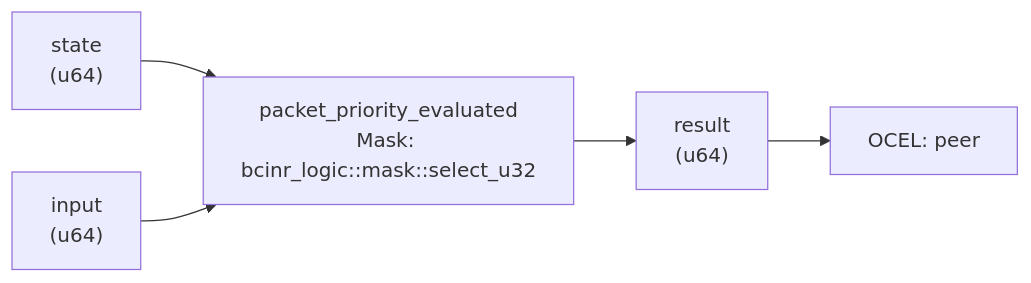
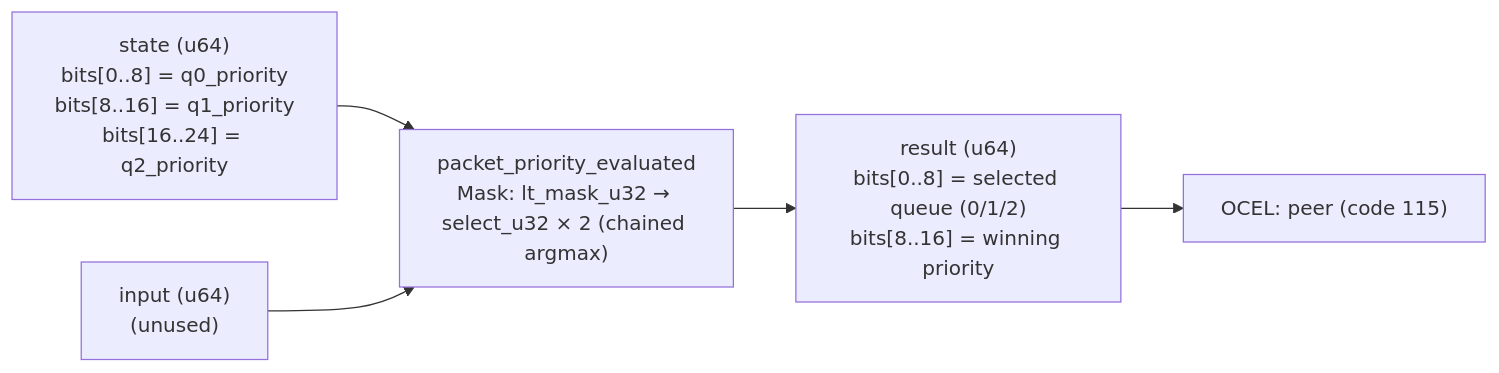
Before and after one commit to seanchatmangpt/bcinr: the diagram in crates/wasm4games/docs/patterns/packet_priority_evaluated.md, drawn with Mermaid. The commit also changed other lines of this file and 9 other files, not shown here.

````diff
--- a/crates/wasm4games/docs/patterns/packet_priority_evaluated.md
+++ b/crates/wasm4games/docs/patterns/packet_priority_evaluated.md
@@ -56,12 +38,12 @@
 ```mermaid
 graph LR
-    state["state\n(u64)"]
-    input["input\n(u64)"]
-    kernel["packet_priority_evaluated\nMask: bcinr_logic::mask::select_u32"]
-    result["result\n(u64)"]
+    state["state (u64)\nbits[0..8] = q0_priority\nbits[8..16] = q1_priority\nbits[16..24] = q2_priority"]
+    input["input (u64)\n(unused)"]
+    kernel["packet_priority_evaluated\nMask: lt_mask_u32 → select_u32 × 2 (chained argmax)"]
+    result["result (u64)\nbits[0..8] = selected queue (0/1/2)\nbits[8..16] = winning priority"]
     state --> kernel
     input --> kernel
     kernel --> result
-    ocel_0["OCEL: peer"]
+    ocel_0["OCEL: peer (code 115)"]
     result --> ocel_0
 ```
````
